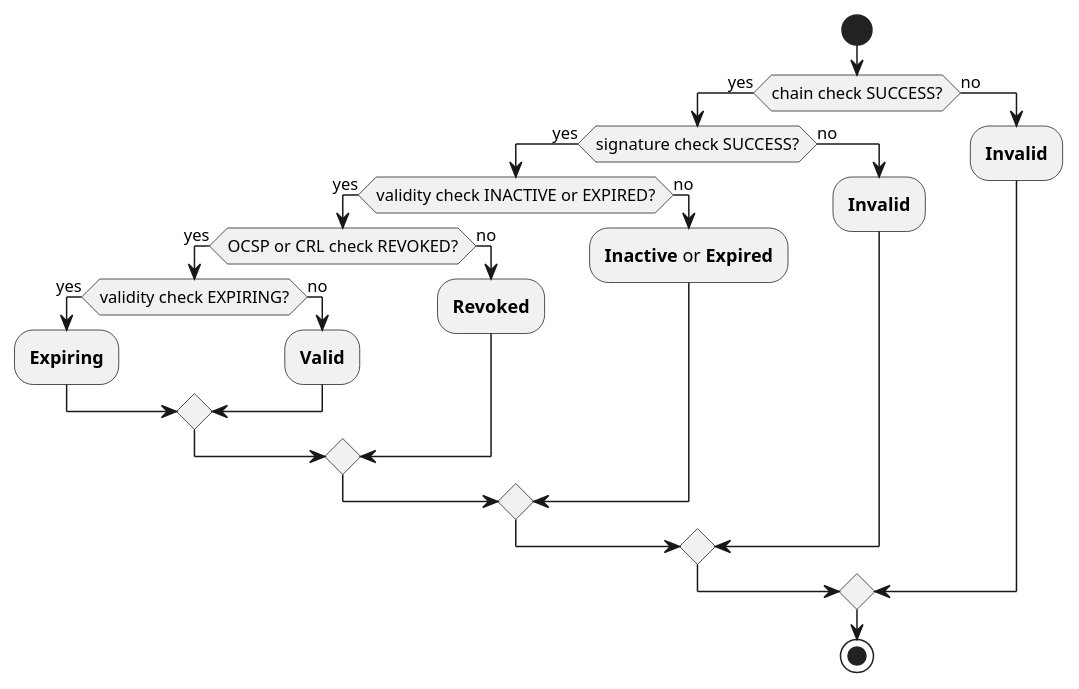
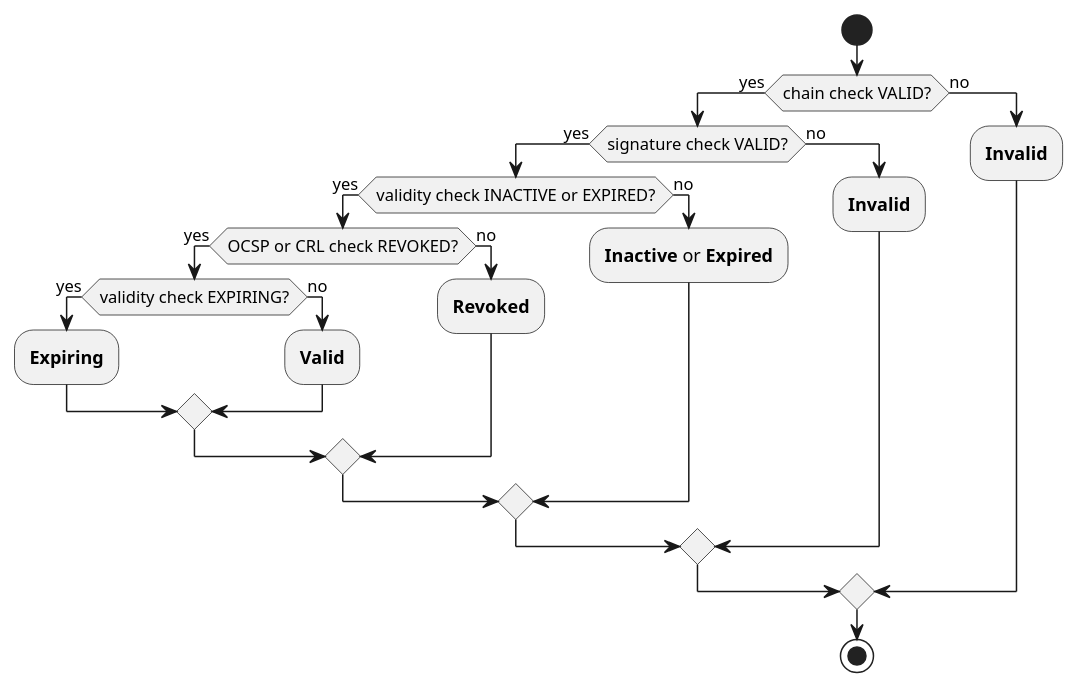
Before and after one commit to CZERTAINLY/CZERTAINLY-Documentation: the fourth of 4 diagrams in docs/10-certificate-key/02-concept-design/04-core-components/12-certificate.md, drawn with PlantUML. The commit also changed other lines of this file, not shown here.

Commit message:
Update CRL revocation certificate check with information about CRL handling (#131)

````diff
--- a/docs/10-certificate-key/02-concept-design/04-core-components/12-certificate.md
+++ b/docs/10-certificate-key/02-concept-design/04-core-components/12-certificate.md
@@ -221,31 +221,31 @@
 ```plantuml
 @startuml
 
 start
 
-if (chain check SUCCESS?) then (yes)
-  if (signature check SUCCESS?) then (yes)
+if (chain check VALID?) then (yes)
+  if (signature check VALID?) then (yes)
     if (validity check INACTIVE or EXPIRED?) then (yes)
       if (OCSP or CRL check REVOKED?) then (yes)
         if (validity check EXPIRING?) then (yes)
           :**Expiring**;
         else (no)
           :**Valid**;
         endif
       else (no)
         :**Revoked**;
       endif
     else (no)
       :**Inactive** or **Expired**;
     endif
   else (no)
     :**Invalid**;
   endif
 else (no)
  :**Invalid**;
 endif
 
 stop
 
 @enduml
 ```
````
